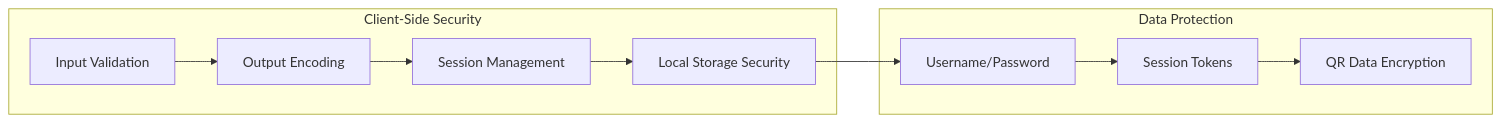
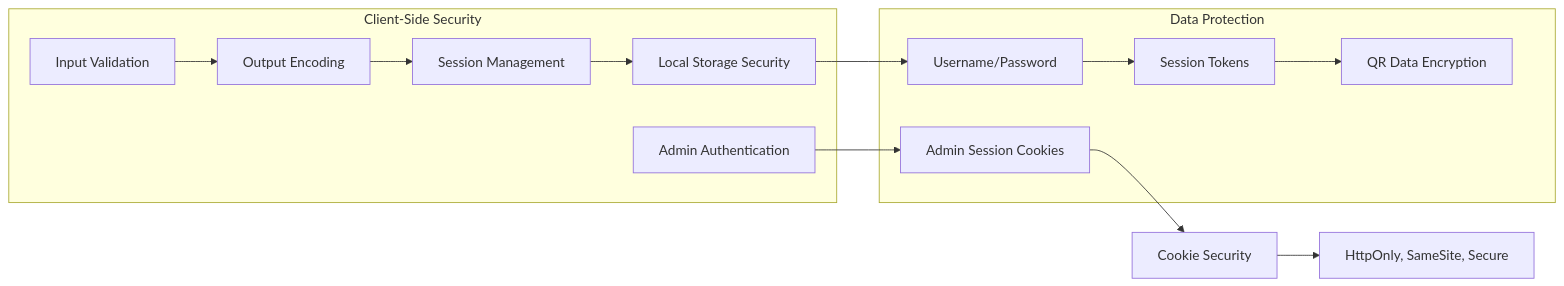
Diagram 13 of 17 in .qoder/repowiki/en/content/Project Overview/Technical Architecture Overview.md (Alexandrexicara/qretiquetas.com), drawn with Mermaid before and after one commit. The commit also changed other lines of this file and 6 other files, not shown here.

````diff
--- a/.qoder/repowiki/en/content/Project Overview/Technical Architecture Overview.md
+++ b/.qoder/repowiki/en/content/Project Overview/Technical Architecture Overview.md
@@ -342,20 +600,25 @@
 ```mermaid
 graph LR
 subgraph "Client-Side Security"
 A[Input Validation]
 B[Output Encoding]
 C[Session Management]
 D[Local Storage Security]
+E[Admin Authentication]
 end
 subgraph "Data Protection"
-E[Username/Password]
-F[Session Tokens]
-G[QR Data Encryption]
+F[Username/Password]
+G[Session Tokens]
+H[QR Data Encryption]
+I[Admin Session Cookies]
 end
 A --> B
 B --> C
 C --> D
-D --> E
-E --> F
+D --> F
+E --> I
 F --> G
+G --> H
+I --> J[Cookie Security]
+J --> K[HttpOnly, SameSite, Secure]
 ```
````
